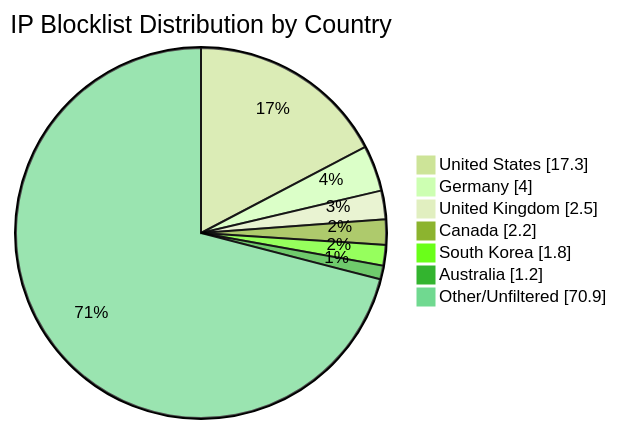
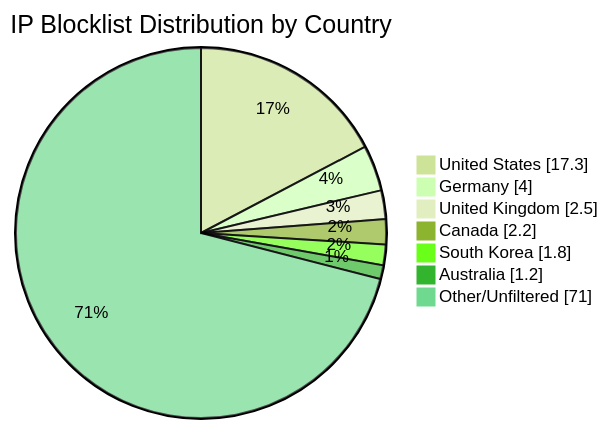
The diagram in README.md (MarcusHoltz/ipblocklist-geofiltered-aggregator), drawn with Mermaid (forest theme) before and after one commit. The commit also changed other lines of this file and 9 other files, not shown here.

````diff
--- a/README.md
+++ b/README.md
@@ -34,10 +34,10 @@
 ```mermaid
 pie showData title IP Blocklist Distribution by Country
 "United States" : 17.3
 "Germany" : 4.0
 "United Kingdom" : 2.5
 "Canada" : 2.2
 "South Korea" : 1.8
 "Australia" : 1.2
-"Other/Unfiltered" : 70.9
+"Other/Unfiltered" : 71.0
 ```
````
